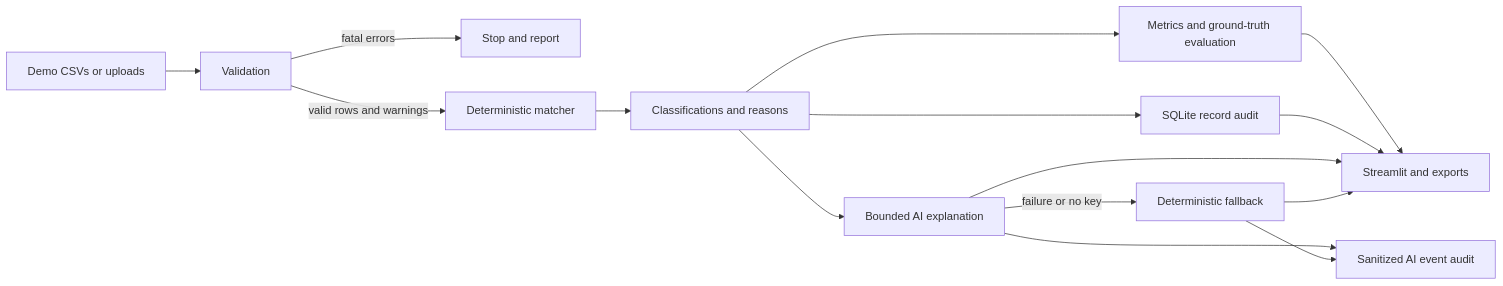
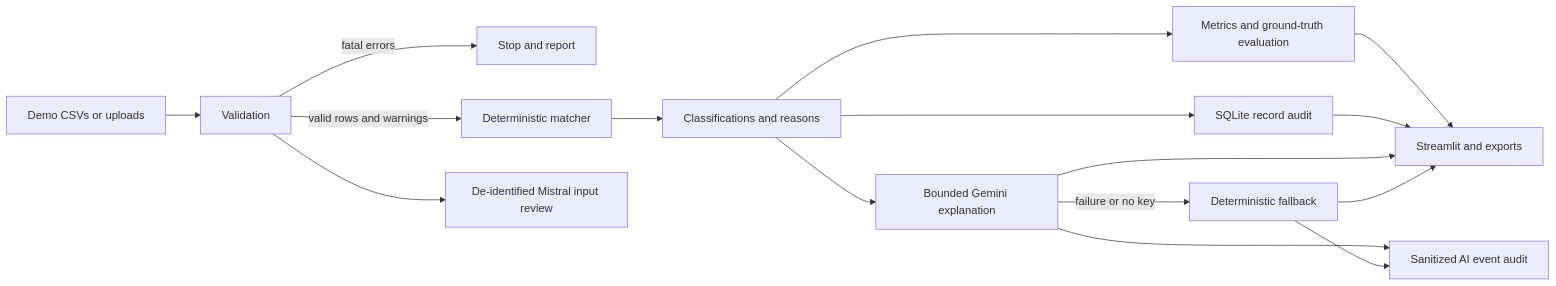
The diagram in docs/architecture.md (Vijay-2005sri/recoincile-ai), drawn with Mermaid before and after one commit. The commit also changed other lines of this file and 20 other files, not shown here.

````diff
--- a/docs/architecture.md
+++ b/docs/architecture.md
@@ -3,17 +3,18 @@
 ```mermaid
 flowchart LR
     A[Demo CSVs or uploads] --> B[Validation]
     B -->|fatal errors| C[Stop and report]
     B -->|valid rows and warnings| D[Deterministic matcher]
     D --> E[Classifications and reasons]
     E --> F[Metrics and ground-truth evaluation]
     E --> G[SQLite record audit]
-    E --> H[Bounded AI explanation]
+    E --> H[Bounded Gemini explanation]
+    B --> L[De-identified Mistral input review]
     H -->|failure or no key| I[Deterministic fallback]
     H --> K[Sanitized AI event audit]
     I --> K
     F --> J[Streamlit and exports]
     G --> J
     H --> J
     I --> J
 ```
````
